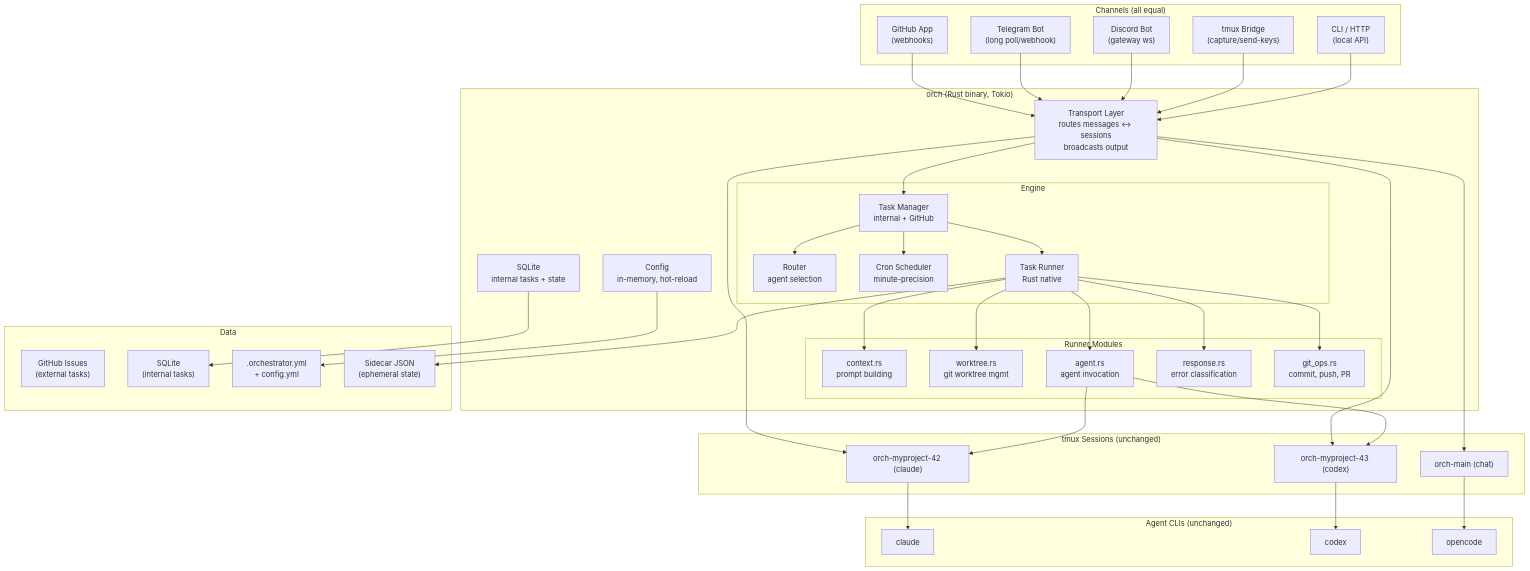
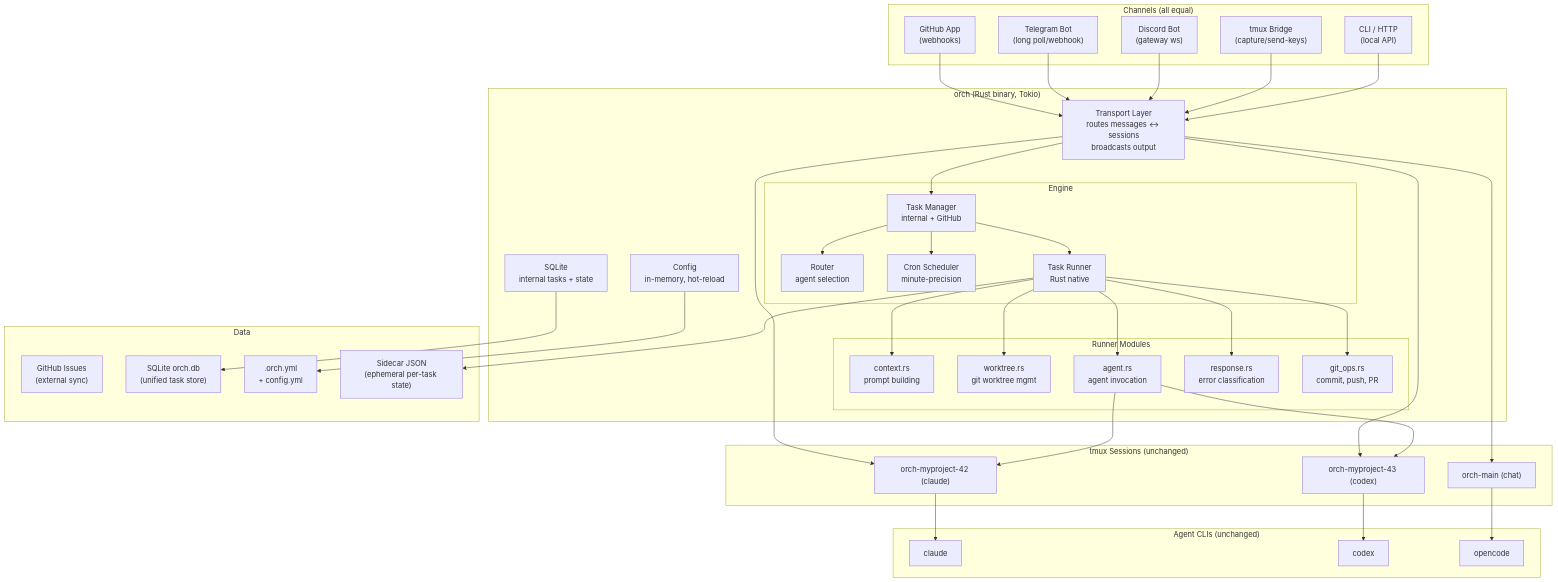
Before and after one commit to gabrielkoerich/orch: the third of 3 diagrams in PLAN.md, drawn with Mermaid. The commit also changed other lines of this file and 11 other files, not shown here.

First line of the commit message:
docs: update all markdown to reflect current architecture

````diff
--- a/PLAN.md
+++ b/PLAN.md
@@ -267,82 +267,82 @@
 ```mermaid
 graph TB
     subgraph "Channels (all equal)"
         GH_CH["GitHub App<br/>(webhooks)"]
         TG_CH["Telegram Bot<br/>(long poll/webhook)"]
         DC_CH["Discord Bot<br/>(gateway ws)"]
         TMUX_CH["tmux Bridge<br/>(capture/send-keys)"]
         CLI_CH["CLI / HTTP<br/>(local API)"]
     end
 
     subgraph "orch (Rust binary, Tokio)"
         TRANSPORT["Transport Layer<br/>routes messages ↔ sessions<br/>broadcasts output"]
 
         subgraph "Engine"
             TASKS["Task Manager<br/>internal + GitHub"]
             ROUTER["Router<br/>agent selection"]
             SCHEDULER["Cron Scheduler<br/>minute-precision"]
             RUNNER["Task Runner<br/>Rust native"]
         end
 
         subgraph "Runner Modules"
             CTX["context.rs<br/>prompt building"]
             WT["worktree.rs<br/>git worktree mgmt"]
             AGT["agent.rs<br/>agent invocation"]
             RESP["response.rs<br/>error classification"]
             GITOPS["git_ops.rs<br/>commit, push, PR"]
         end
 
         CONFIG_RS["Config<br/>in-memory, hot-reload"]
         SQLITE["SQLite<br/>internal tasks + state"]
     end
 
     subgraph "Agent CLIs (unchanged)"
         CL["claude"]
         CO["codex"]
         OC["opencode"]
     end
 
     subgraph "tmux Sessions (unchanged)"
         T1["orch-myproject-42 (claude)"]
         T2["orch-myproject-43 (codex)"]
         T3["orch-main (chat)"]
     end
 
     subgraph "Data"
-        GH_ISSUES["GitHub Issues<br/>(external tasks)"]
-        LOCAL_DB["SQLite<br/>(internal tasks)"]
-        YAML[".orchestrator.yml<br/>+ config.yml"]
-        SIDE["Sidecar JSON<br/>(ephemeral state)"]
+        GH_ISSUES["GitHub Issues<br/>(external sync)"]
+        LOCAL_DB["SQLite orch.db<br/>(unified task store)"]
+        YAML[".orch.yml<br/>+ config.yml"]
+        SIDE["Sidecar JSON<br/>(ephemeral per-task state)"]
     end
 
     GH_CH --> TRANSPORT
     TG_CH --> TRANSPORT
     DC_CH --> TRANSPORT
     TMUX_CH --> TRANSPORT
     CLI_CH --> TRANSPORT
 
     TRANSPORT --> TASKS
     TRANSPORT --> T1
     TRANSPORT --> T2
     TRANSPORT --> T3
 
     TASKS --> ROUTER
     TASKS --> SCHEDULER
     TASKS --> RUNNER
 
     RUNNER --> CTX
     RUNNER --> WT
     RUNNER --> AGT
     RUNNER --> RESP
     RUNNER --> GITOPS
     AGT --> T1
     AGT --> T2
 
     T1 --> CL
     T2 --> CO
     T3 --> OC
 
     SQLITE --> LOCAL_DB
     CONFIG_RS --> YAML
     RUNNER --> SIDE
 ```
````
